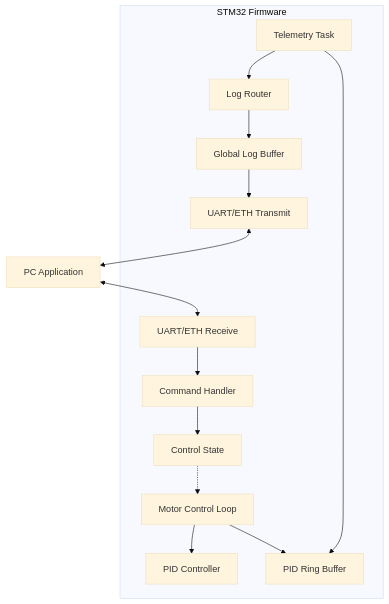
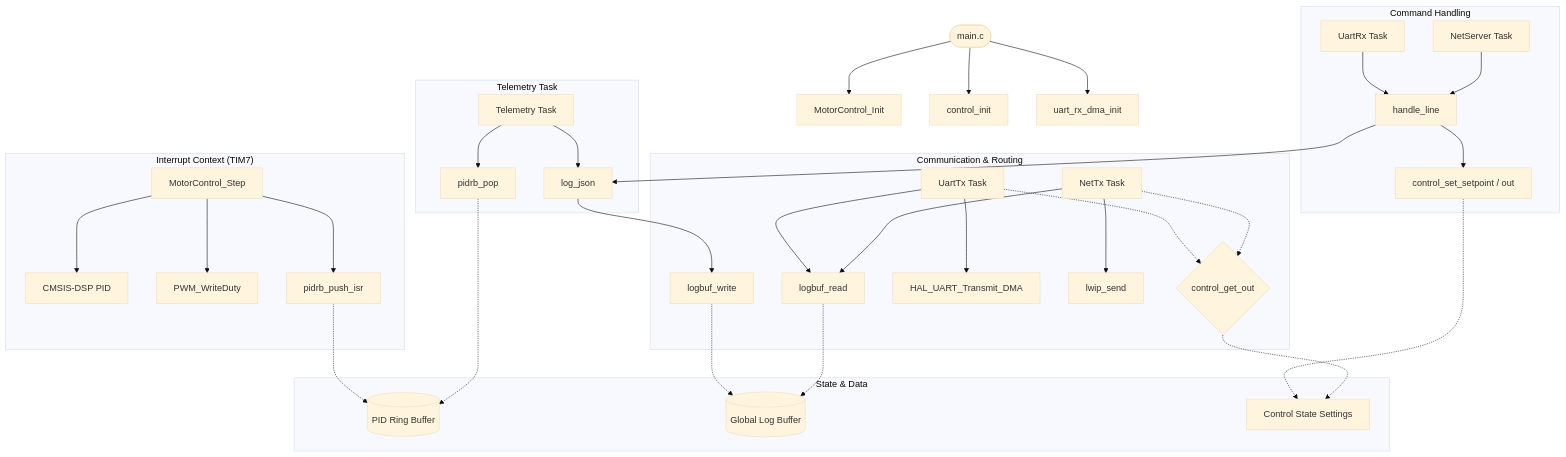
The diagram in README.md (Krzys2002/ProjectMicroStm32), drawn with Mermaid (base theme) before and after one commit.

````diff
--- a/README.md
+++ b/README.md
@@ -59,16 +59,57 @@
 ```mermaid
 graph TD
-    subgraph "STM32 Firmware"
-        MC[Motor Control Loop] --> PID[PID Controller]
-        MC --> RB[PID Ring Buffer]
-        Tel[Telemetry Task] --> RB
-        Tel --> LR[Log Router]
-        LR --> LB[Global Log Buffer]
-        LB --> Comm[UART/ETH Transmit]
-        RX[UART/ETH Receive] --> CH[Command Handler]
-        CH --> CS[Control State]
-        CS -.-> MC
+    subgraph "Interrupt Context (TIM7)"
+        MC_Step[MotorControl_Step]
+        PID[CMSIS-DSP PID]
+        MC_Step --> PID
+        MC_Step --> PWM_WD[PWM_WriteDuty]
+        MC_Step --> RB_Push[pidrb_push_isr]
     end
-    Comm <--> PC[PC Application]
-    PC <--> RX
+
+    subgraph "Telemetry Task"
+        TelTask[Telemetry Task]
+        RB_Pop[pidrb_pop]
+        LogJ[log_json]
+        TelTask --> RB_Pop
+        TelTask --> LogJ
+    end
+
+    subgraph "Communication & Routing"
+        LogJ --> LBuf_W[logbuf_write]
+        
+        UTx[UartTx Task] --> LBuf_R[logbuf_read]
+        UTx --> HAL_UART_DMA[HAL_UART_Transmit_DMA]
+        
+        NTx[NetTx Task] --> LBuf_R
+        NTx --> LWIP_Send[lwip_send]
+        
+        CS_GetOut{control_get_out}
+        UTx -.-> CS_GetOut
+        NTx -.-> CS_GetOut
+    end
+
+    subgraph "Command Handling"
+        URx[UartRx Task] --> HLine[handle_line]
+        NSrv[NetServer Task] --> HLine
+        HLine --> CS_Set[control_set_setpoint / out]
+        HLine --> LogJ
+    end
+
+    subgraph "State & Data"
+        RB[(PID Ring Buffer)]
+        LBuf[(Global Log Buffer)]
+        CState[Control State Settings]
+        
+        RB_Push -.-> RB
+        RB_Pop -.-> RB
+        LBuf_W -.-> LBuf
+        LBuf_R -.-> LBuf
+        CS_Set -.-> CState
+        CS_GetOut -.-> CState
+    end
+
+    %% Initialization flow
+    Start([main.c]) --> MC_Init[MotorControl_Init]
+    Start --> CS_Init[control_init]
+    Start --> URx_Init[uart_rx_dma_init]
 ```
````
